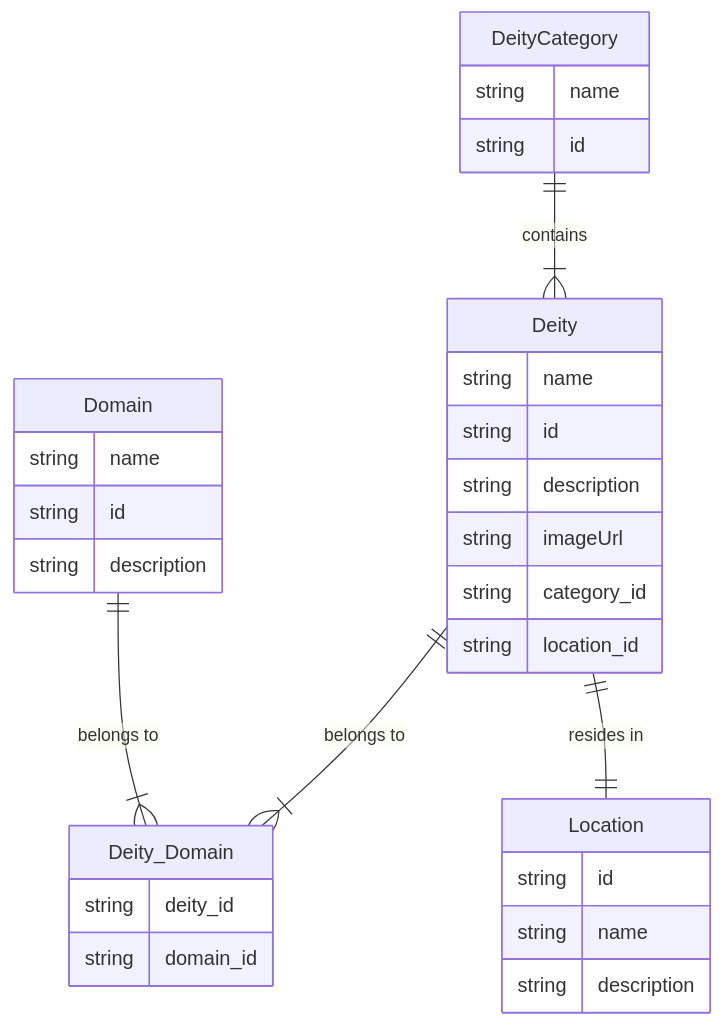
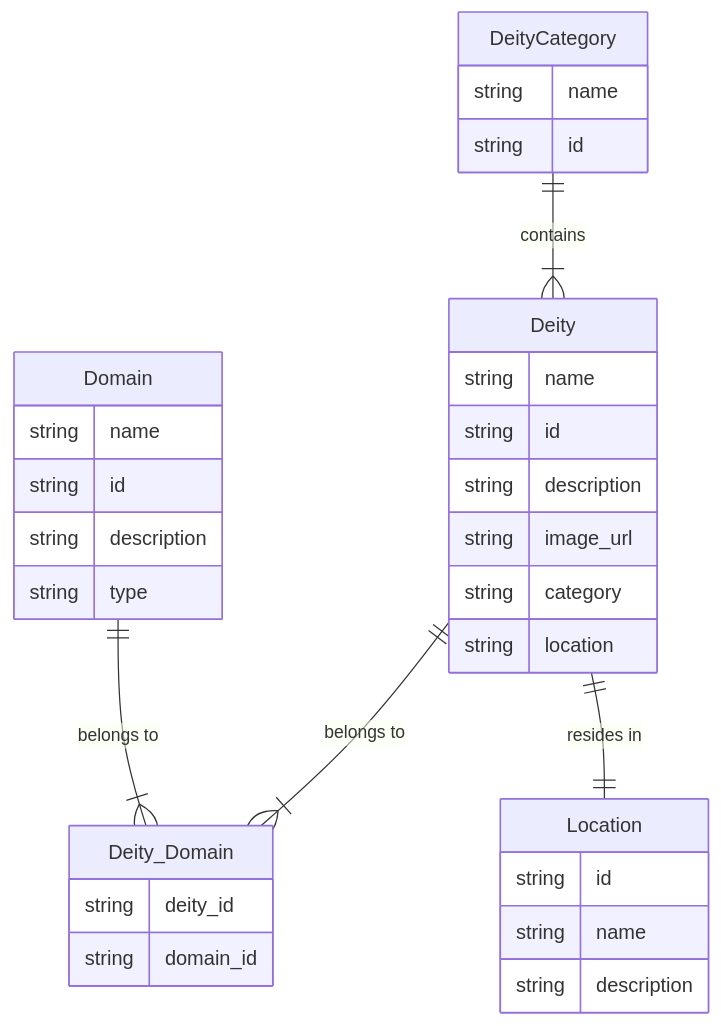
Before and after one commit to jmcdo29/unteris: the diagram in libs/db/migrations/diagram.mmd, drawn with Mermaid. The commit also changed 7 other files, not shown here.

```diff
--- a/libs/db/migrations/diagram.mmd
+++ b/libs/db/migrations/diagram.mmd
@@ -1,31 +1,32 @@
 erDiagram
     DeityCategory ||--|{ Deity : "contains"
     Deity ||--|{ Deity_Domain : "belongs to"
     Domain ||--|{ Deity_Domain : "belongs to"
     Deity ||--|| Location : "resides in"
     DeityCategory {
         string name
         string id
     }
     Deity {
         string name
         string id
         string description
-        string imageUrl
-        string category_id
-        string location_id
+        string image_url
+        string category
+        string location
     }
     Domain {
         string name
         string id
         string description
+        string type
     }
     Deity_Domain {
         string deity_id
         string domain_id
     }
     Location {
         string id
         string name
         string description
     }
```
